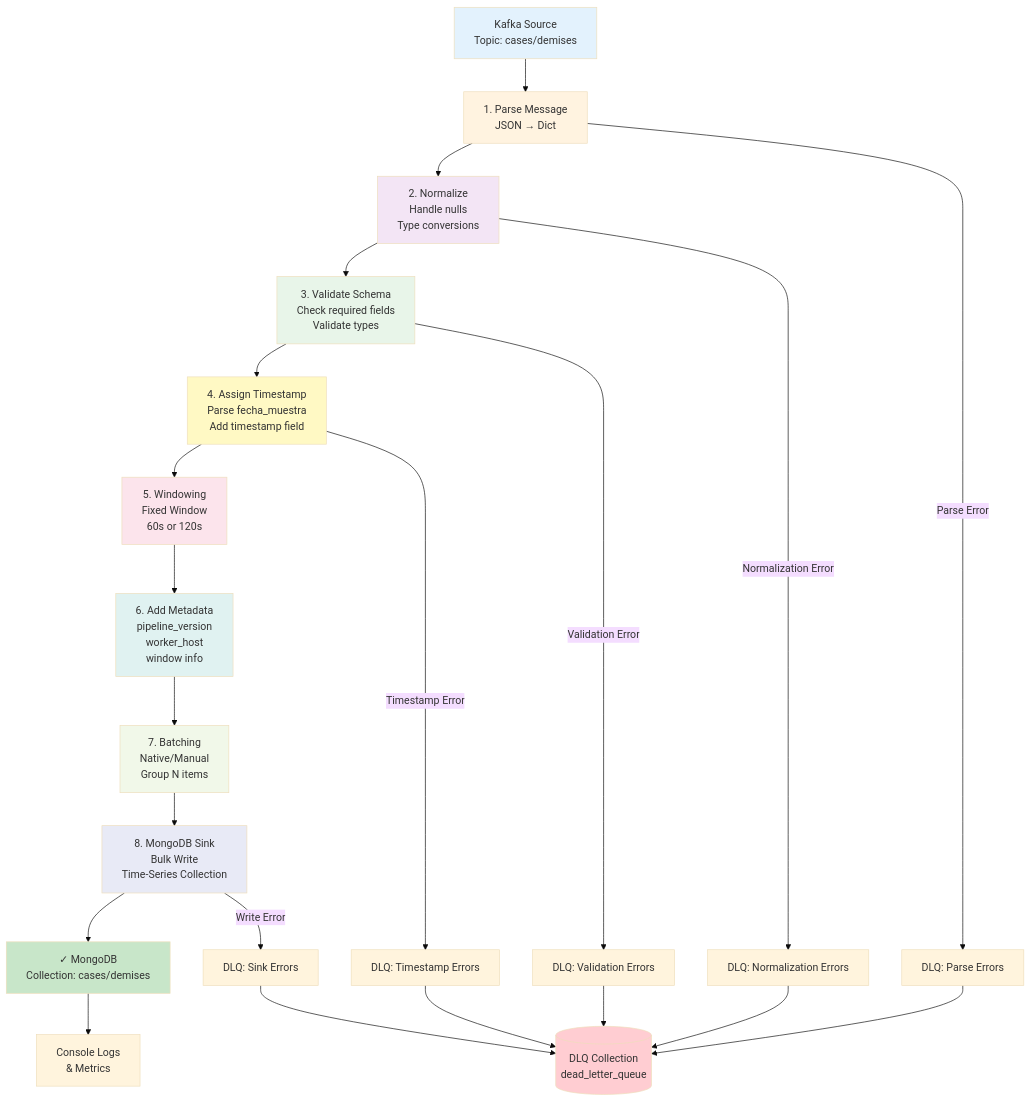
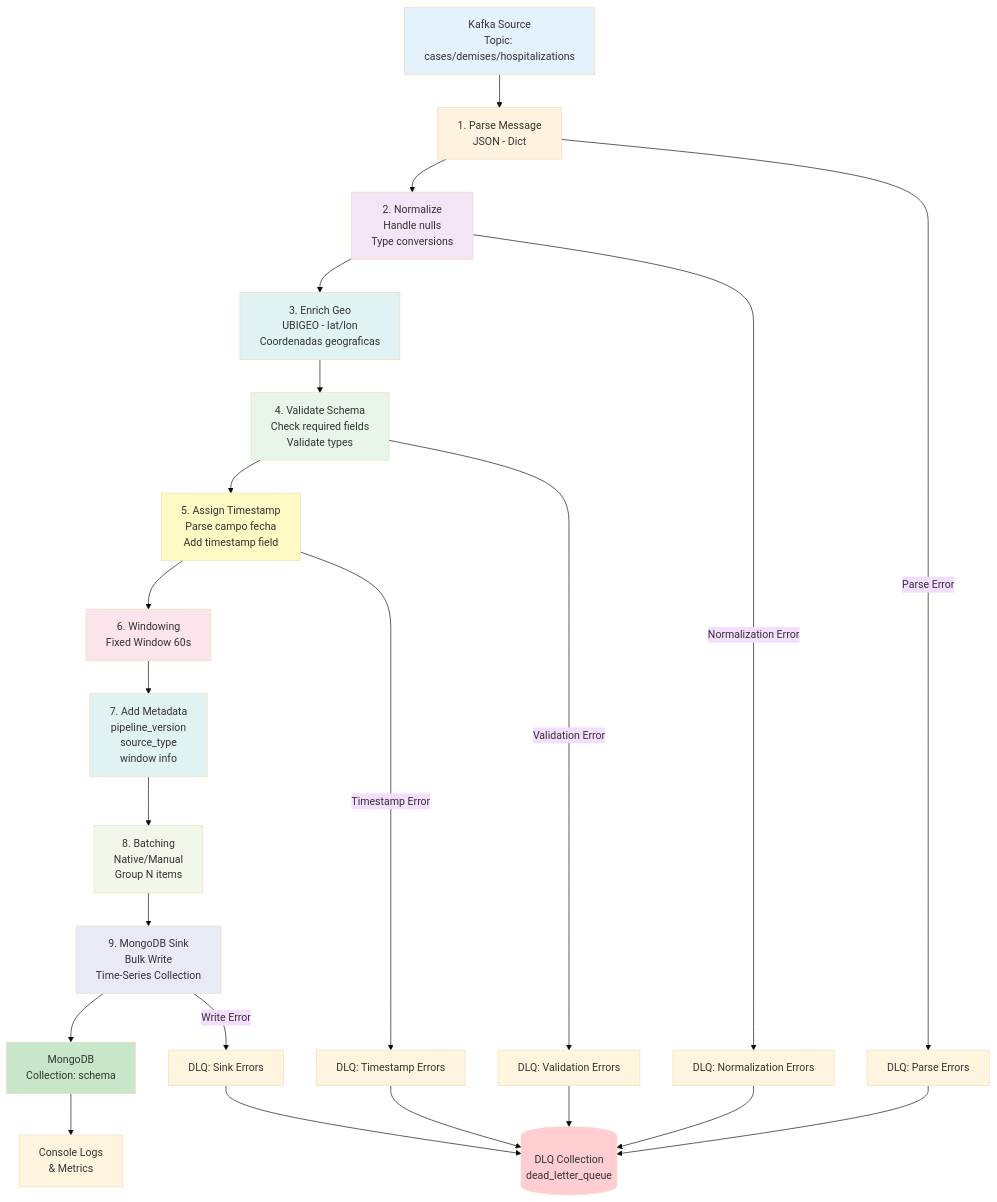
One commit to arthur8davis/tfm-dataflow-architecture changed the second of 9 diagrams in README.md. Above: the diagram before and after it, drawn with Mermaid (base theme). The commit also changed other lines of this file and 9 other files, not shown here.

````diff
--- a/README.md
+++ b/README.md
@@ -87,45 +102,48 @@
 ```mermaid
 graph TD
-    Start[Kafka Source<br/>Topic: cases/demises] --> Parse[1. Parse Message<br/>JSON → Dict]
+    Start[Kafka Source<br/>Topic: cases/demises/hospitalizations] --> Parse[1. Parse Message<br/>JSON - Dict]
 
     Parse --> Normalize[2. Normalize<br/>Handle nulls<br/>Type conversions]
     Parse --> |Parse Error| DLQ1[DLQ: Parse Errors]
 
-    Normalize --> Validate[3. Validate Schema<br/>Check required fields<br/>Validate types]
+    Normalize --> EnrichGeo[3. Enrich Geo<br/>UBIGEO - lat/lon<br/>Coordenadas geograficas]
+
+    EnrichGeo --> Validate[4. Validate Schema<br/>Check required fields<br/>Validate types]
     Normalize --> |Normalization Error| DLQ2[DLQ: Normalization Errors]
 
-    Validate --> Timestamp[4. Assign Timestamp<br/>Parse fecha_muestra<br/>Add timestamp field]
+    Validate --> Timestamp[5. Assign Timestamp<br/>Parse campo fecha<br/>Add timestamp field]
     Validate --> |Validation Error| DLQ3[DLQ: Validation Errors]
 
-    Timestamp --> Window[5. Windowing<br/>Fixed Window<br/>60s or 120s]
+    Timestamp --> Window[6. Windowing<br/>Fixed Window 60s]
     Timestamp --> |Timestamp Error| DLQ4[DLQ: Timestamp Errors]
 
-    Window --> Metadata[6. Add Metadata<br/>pipeline_version<br/>worker_host<br/>window info]
+    Window --> Metadata[7. Add Metadata<br/>pipeline_version<br/>source_type<br/>window info]
 
-    Metadata --> Batch[7. Batching<br/>Native/Manual<br/>Group N items]
+    Metadata --> Batch[8. Batching<br/>Native/Manual<br/>Group N items]
 
-    Batch --> MongoSink[8. MongoDB Sink<br/>Bulk Write<br/>Time-Series Collection]
+    Batch --> MongoSink[9. MongoDB Sink<br/>Bulk Write<br/>Time-Series Collection]
 
-    MongoSink --> Success[✓ MongoDB<br/>Collection: cases/demises]
+    MongoSink --> Success[MongoDB<br/>Collection: schema]
     MongoSink --> |Write Error| DLQ5[DLQ: Sink Errors]
 
     DLQ1 --> DLQCollection[(DLQ Collection<br/>dead_letter_queue)]
     DLQ2 --> DLQCollection
     DLQ3 --> DLQCollection
     DLQ4 --> DLQCollection
     DLQ5 --> DLQCollection
 
     Success --> Logs[Console Logs<br/>& Metrics]
 
     style Start fill:#e3f2fd
     style Parse fill:#fff3e0
     style Normalize fill:#f3e5f5
+    style EnrichGeo fill:#e0f2f1
     style Validate fill:#e8f5e9
     style Timestamp fill:#fff9c4
     style Window fill:#fce4ec
     style Metadata fill:#e0f2f1
     style Batch fill:#f1f8e9
     style MongoSink fill:#e8eaf6
     style Success fill:#c8e6c9
     style DLQCollection fill:#ffcdd2
 ```
````
